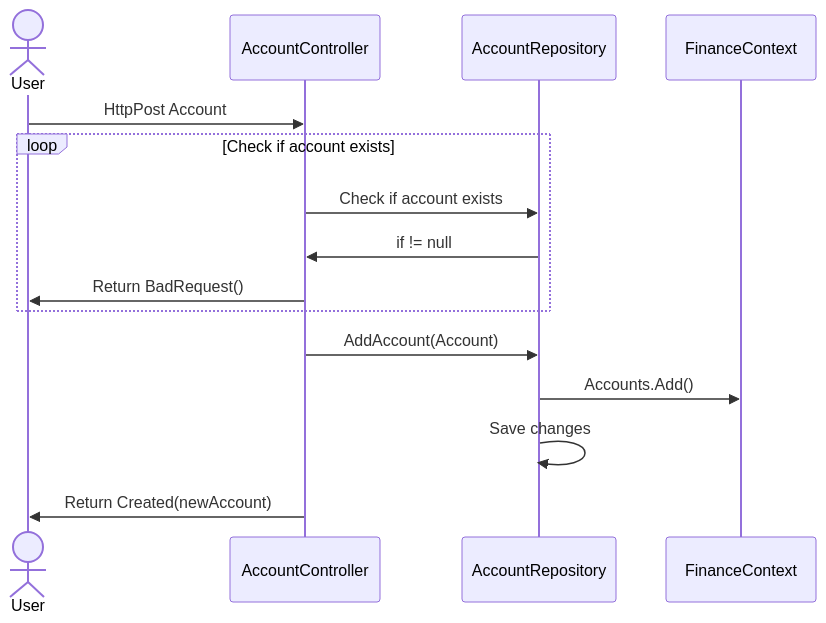
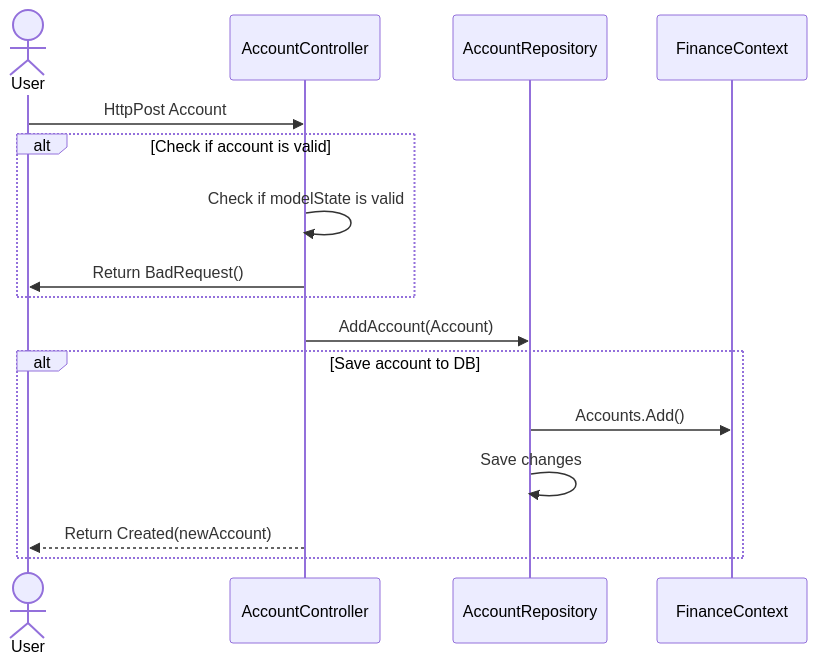
The diagram in TransactionService/Docs/Diagrams/SequenceDiagram.md (JET-NilsM/Practice-FinanceApp), drawn with Mermaid before and after one commit. The commit also changed 1 other file, not shown here.

Commit message:
Small updates to ER and sequence

````diff
--- a/TransactionService/Docs/Diagrams/SequenceDiagram.md
+++ b/TransactionService/Docs/Diagrams/SequenceDiagram.md
@@ -1,16 +1,18 @@
 ```mermaid
 sequenceDiagram
     actor User
 
         User->>AccountController: HttpPost Account
-        loop Check if account exists
-        AccountController->>AccountRepository: Check if account exists
-        AccountRepository->>AccountController: if != null 
+        alt Check if account is valid
+        AccountController->>AccountController: Check if modelState is valid
         AccountController->>User: Return BadRequest()
         end
         AccountController->>AccountRepository: AddAccount(Account)
+        
+        alt Save account to DB
         AccountRepository->>FinanceContext: Accounts.Add() 
         AccountRepository->>AccountRepository : Save changes
-        AccountController->>User : Return Created(newAccount)
-
+        AccountController-->>User : Return Created(newAccount)
+        end
+        
 ```
````
